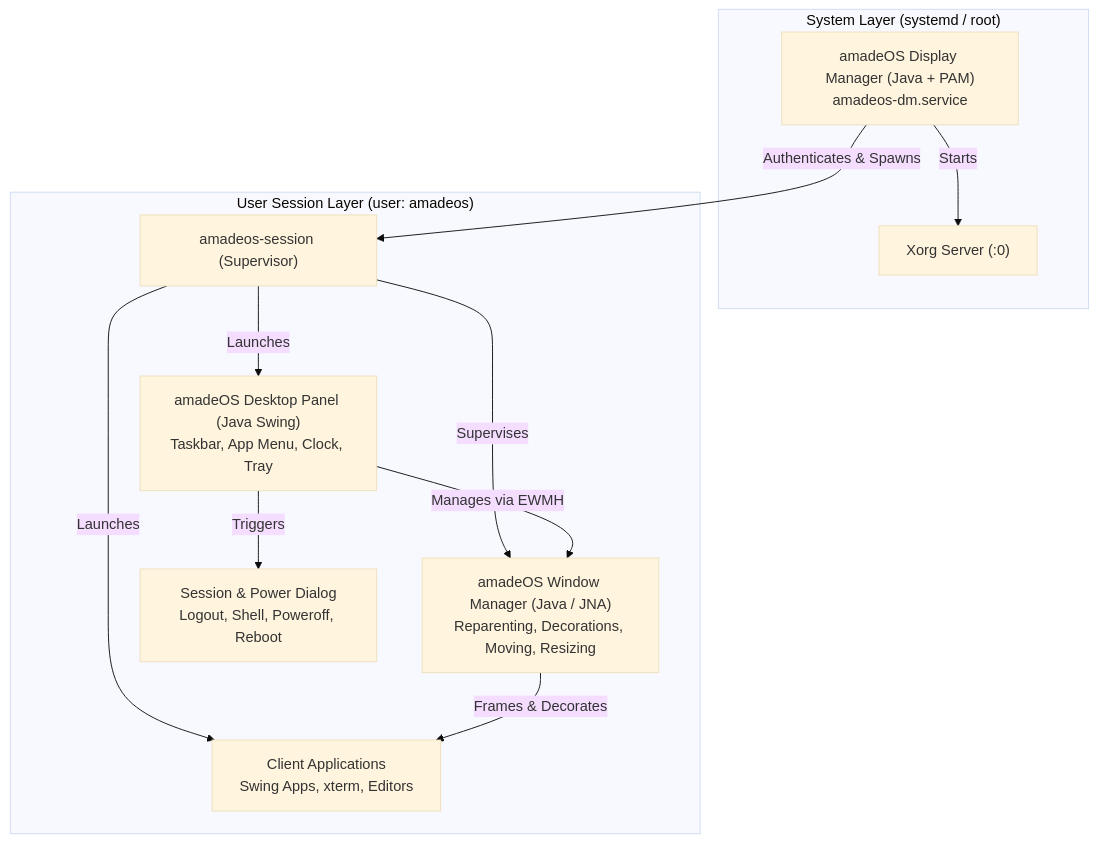
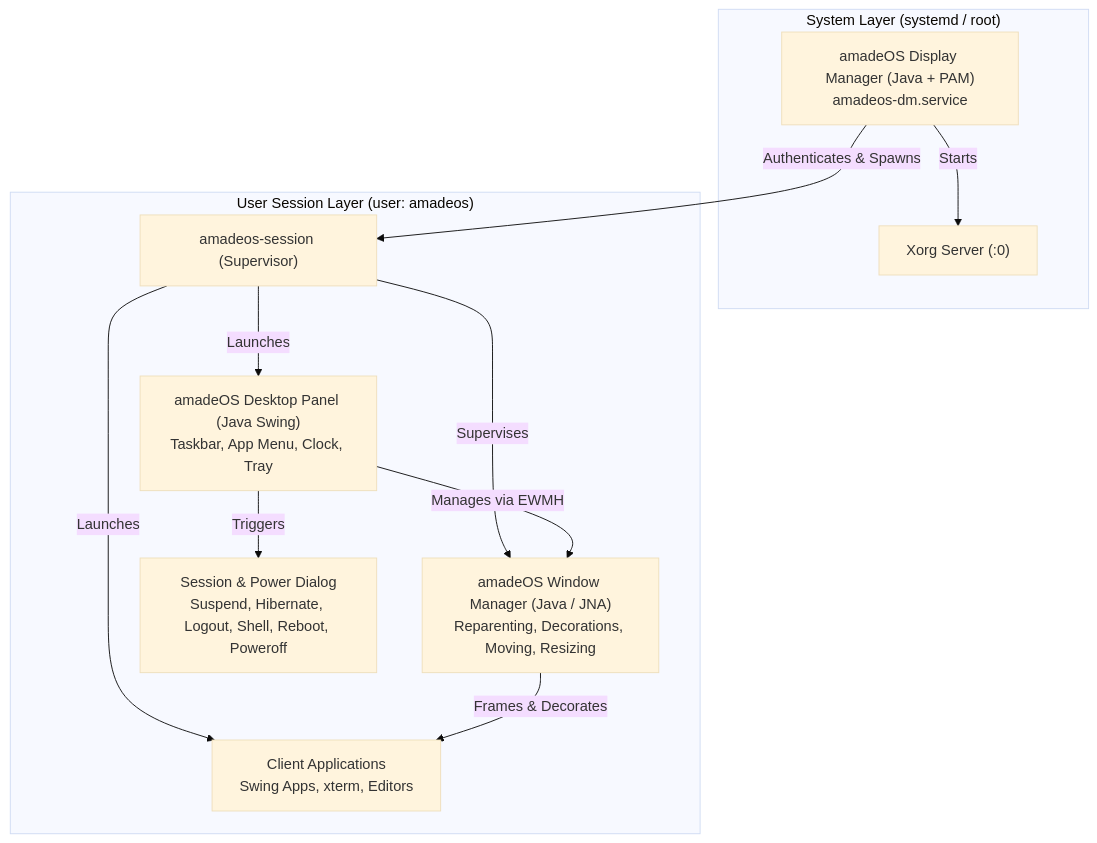
The diagram in ROADMAP.md (amadeos-eu/amadeos), drawn with Mermaid (base theme) before and after one commit. The commit also changed other lines of this file and 8 other files, not shown here.

First line of the commit message:
docs(handbook): Power page, Suspend and Hibernate; ROADMAP item 3 done

````diff
--- a/ROADMAP.md
+++ b/ROADMAP.md
@@ -11,24 +11,24 @@
 ```mermaid
 flowchart TD
     subgraph System ["System Layer (systemd / root)"]
         DM["amadeOS Display Manager (Java + PAM)<br>amadeos-dm.service"]
         Xorg["Xorg Server (:0)"]
     end
 
     subgraph UserSession ["User Session Layer (user: amadeos)"]
         Session["amadeos-session (Supervisor)"]
         WM["amadeOS Window Manager (Java / JNA)<br>Reparenting, Decorations, Moving, Resizing"]
         Panel["amadeOS Desktop Panel (Java Swing)<br>Taskbar, App Menu, Clock, Tray"]
         Apps["Client Applications<br>Swing Apps, xterm, Editors"]
-        PowerDlg["Session & Power Dialog<br>Logout, Shell, Poweroff, Reboot"]
+        PowerDlg["Session & Power Dialog<br>Suspend, Hibernate, Logout, Shell, Reboot, Poweroff"]
     end
 
     DM -->|Starts| Xorg
     DM -->|Authenticates & Spawns| Session
     Session -->|Supervises| WM
     Session -->|Launches| Panel
     Session -->|Launches| Apps
     Panel -->|Triggers| PowerDlg
     Panel -->|Manages via EWMH| WM
     WM -->|Frames & Decorates| Apps
 ```
````
